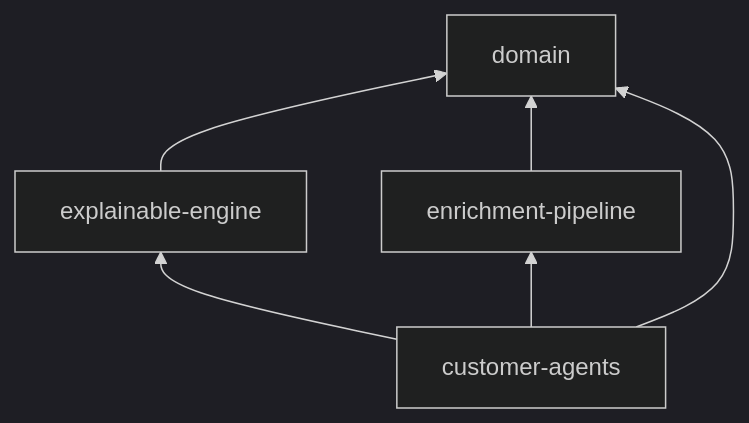
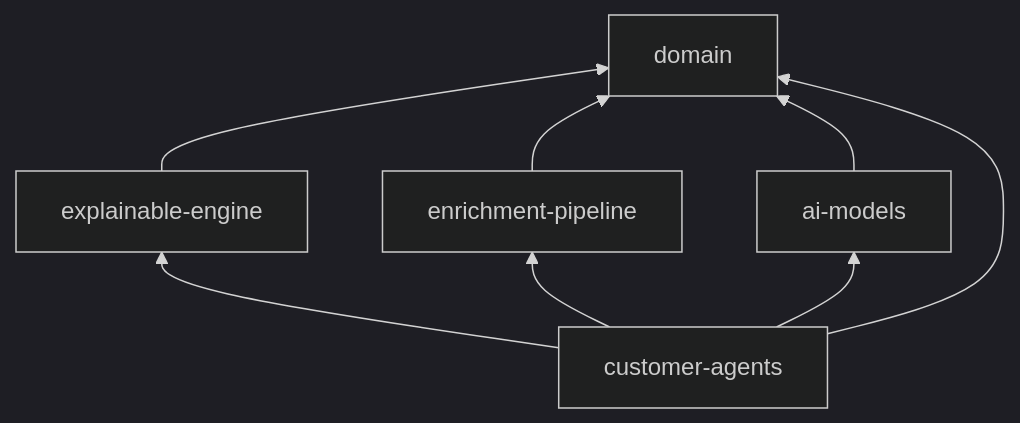
Before and after one commit to kkaduk/CustAgents: the third of 4 diagrams in Doc/Arch4+1Description.md, drawn with Mermaid (dark theme). The commit also changed other lines of this file, not shown here.

````diff
--- a/Doc/Arch4+1Description.md
+++ b/Doc/Arch4+1Description.md
@@ -121,8 +135,10 @@
 ```mermaid
 flowchart BT
     Engine["explainable-engine"] --> Domain["domain"]
     Enrichment["enrichment-pipeline"] --> Domain
+    AiModels["ai-models"] --> Domain
     Agents["customer-agents"] --> Domain
     Agents --> Engine
     Agents --> Enrichment
+    Agents --> AiModels
 ```
````
